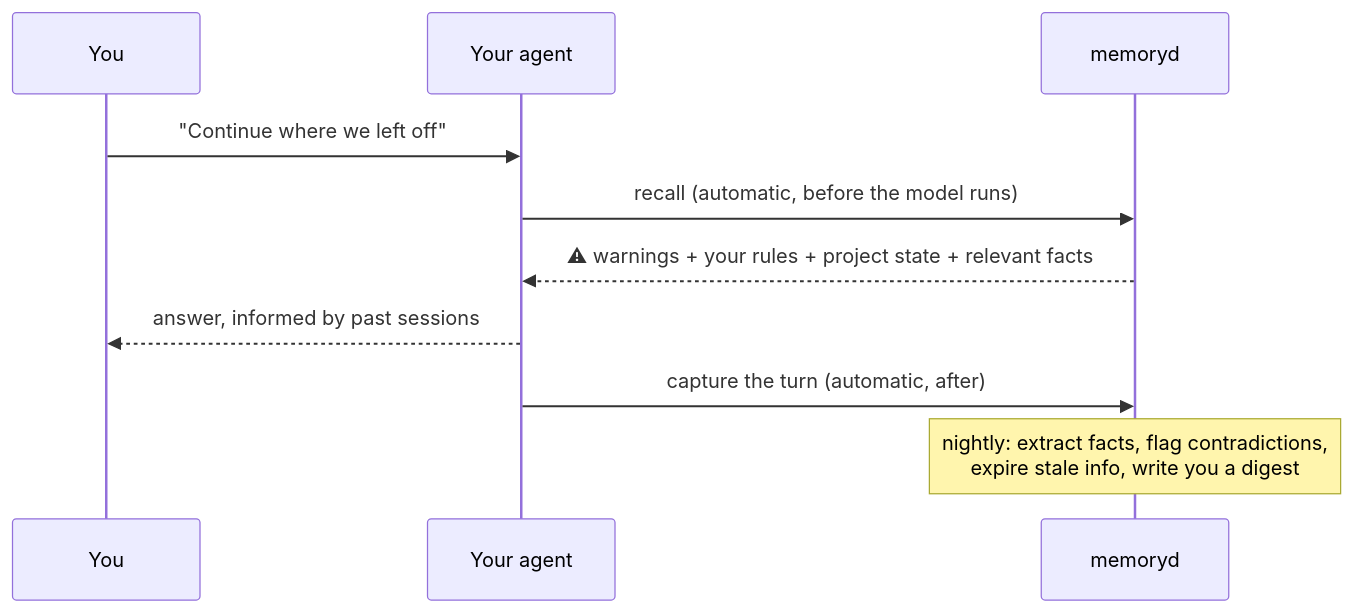
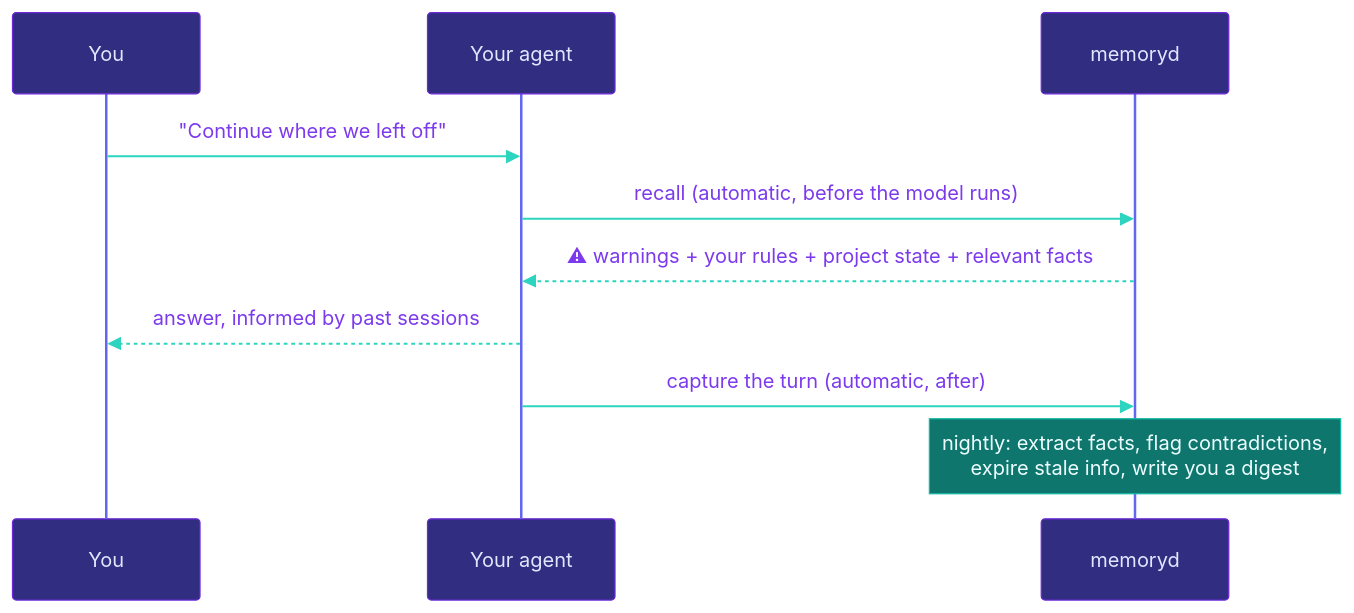
One commit to chrisduvillard/memoryd changed the second of 2 diagrams in README.md. Above: the diagram before and after it, drawn with Mermaid. The commit also changed other lines of this file and 1 other file, not shown here.

First line of the commit message:
Redesign README: hero banner, badge row, themed diagrams, collapsibles

````diff
--- a/README.md
+++ b/README.md
@@ -30,13 +43,14 @@
 ```mermaid
+%%{init: {'theme':'base','themeVariables':{'actorBkg':'#312e81','actorBorder':'#6d28d9','actorTextColor':'#e0e7ff','actorLineColor':'#6366f1','signalColor':'#2dd4bf','signalTextColor':'#7c3aed','labelBoxBkgColor':'#4c1d95','labelBoxBorderColor':'#6d28d9','labelTextColor':'#ffffff','noteBkgColor':'#0f766e','noteBorderColor':'#14b8a6','noteTextColor':'#ecfeff','fontFamily':'ui-sans-serif, system-ui, sans-serif'}}}%%
 sequenceDiagram
     participant You
     participant Agent as Your agent
     participant M as memoryd
 
     You->>Agent: "Continue where we left off"
     Agent->>M: recall (automatic, before the model runs)
     M-->>Agent: ⚠ warnings + your rules + project state + relevant facts
     Agent-->>You: answer, informed by past sessions
     Agent->>M: capture the turn (automatic, after)
     Note over M: nightly: extract facts, flag contradictions,<br/>expire stale info, write you a digest
 ```
````
